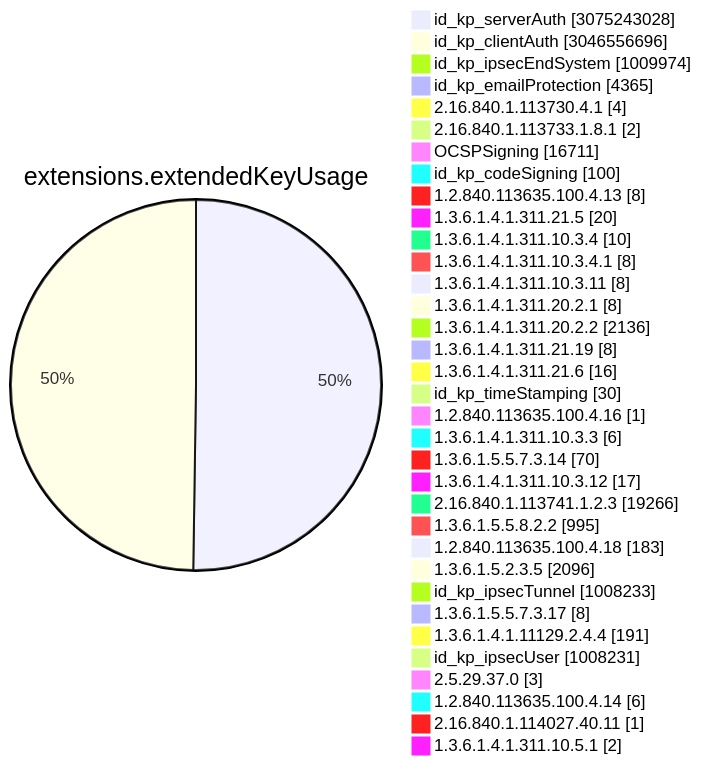
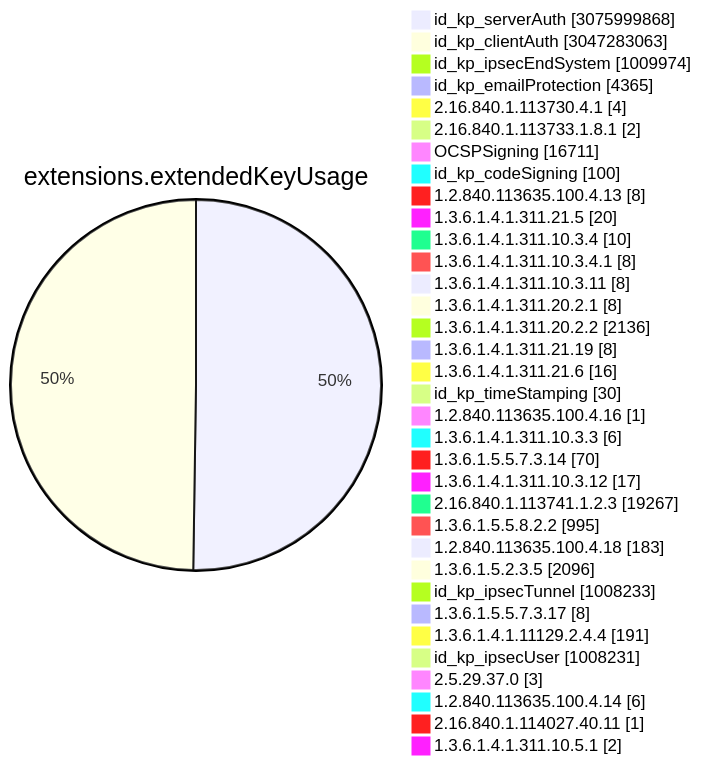
One commit to christiankrug/ctmonitor_visualization changed diagram 11 of 15 in TOTAL/README.md. Above: the diagram before and after it, drawn with Mermaid. The commit also changed other lines of this file, not shown here.

````diff
--- a/TOTAL/README.md
+++ b/TOTAL/README.md
@@ -4117,38 +4117,38 @@
 ```mermaid
 pie showData
 title extensions.extendedKeyUsage
-"id_kp_serverAuth" :3075243028
-"id_kp_clientAuth" :3046556696
+"id_kp_serverAuth" :3075999868
+"id_kp_clientAuth" :3047283063
 "id_kp_ipsecEndSystem" :1009974
 "id_kp_emailProtection" :4365
 "2.16.840.1.113730.4.1" :4
 "2.16.840.1.113733.1.8.1" :2
 "OCSPSigning" :16711
 "id_kp_codeSigning" :100
 "1.2.840.113635.100.4.13" :8
 "1.3.6.1.4.1.311.21.5" :20
 "1.3.6.1.4.1.311.10.3.4" :10
 "1.3.6.1.4.1.311.10.3.4.1" :8
 "1.3.6.1.4.1.311.10.3.11" :8
 "1.3.6.1.4.1.311.20.2.1" :8
 "1.3.6.1.4.1.311.20.2.2" :2136
 "1.3.6.1.4.1.311.21.19" :8
 "1.3.6.1.4.1.311.21.6" :16
 "id_kp_timeStamping" :30
 "1.2.840.113635.100.4.16" :1
 "1.3.6.1.4.1.311.10.3.3" :6
 "1.3.6.1.5.5.7.3.14" :70
 "1.3.6.1.4.1.311.10.3.12" :17
-"2.16.840.1.113741.1.2.3" :19266
+"2.16.840.1.113741.1.2.3" :19267
 "1.3.6.1.5.5.8.2.2" :995
 "1.2.840.113635.100.4.18" :183
 "1.3.6.1.5.2.3.5" :2096
 "id_kp_ipsecTunnel" :1008233
 "1.3.6.1.5.5.7.3.17" :8
 "1.3.6.1.4.1.11129.2.4.4" :191
 "id_kp_ipsecUser" :1008231
 "2.5.29.37.0" :3
 "1.2.840.113635.100.4.14" :6
 "2.16.840.1.114027.40.11" :1
 "1.3.6.1.4.1.311.10.5.1" :2
 ```
````
